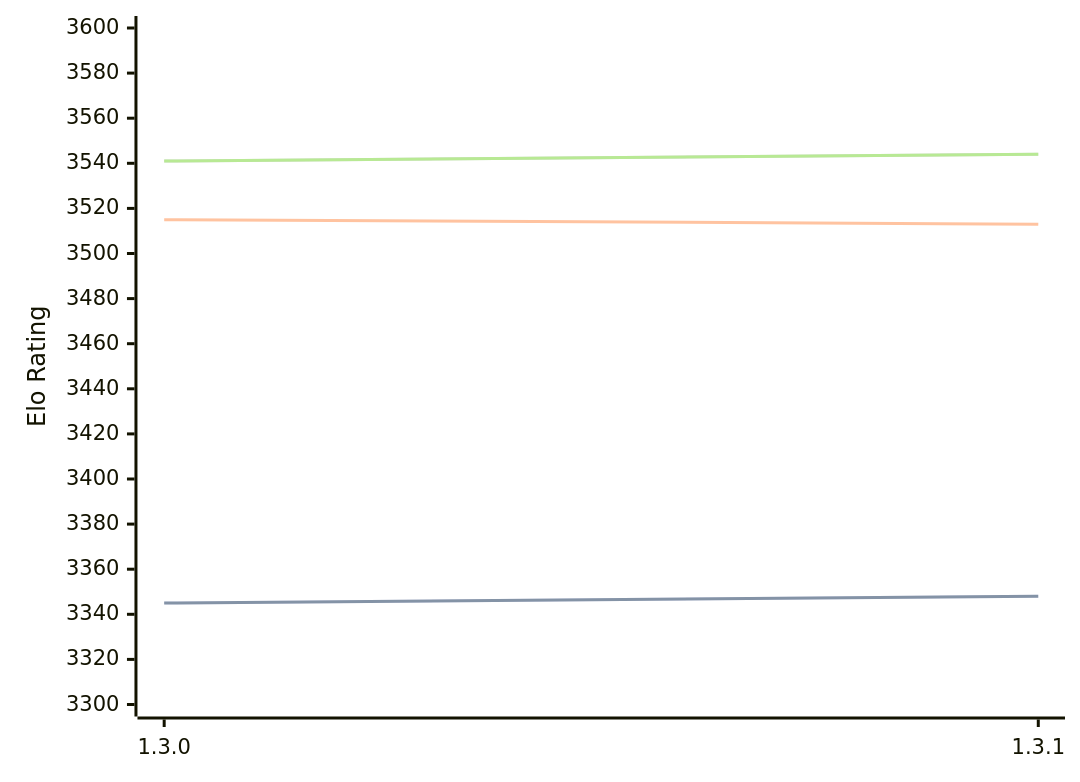
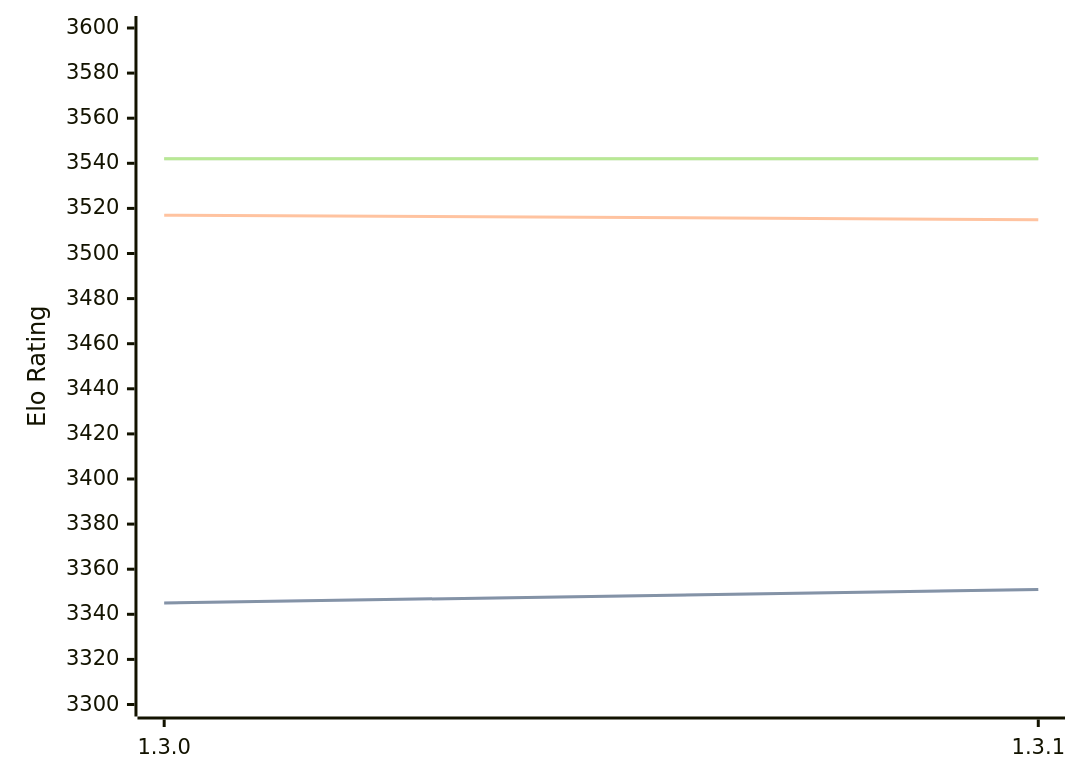
The diagram in engines/Renegade.md (computer-chess-index/cci), drawn with Mermaid before and after one commit. The commit also changed other lines of this file, not shown here.

Commit message:
Update CCI Ratings (ELO VLTC) - 2026-09-08

````diff
--- a/engines/Renegade.md
+++ b/engines/Renegade.md
@@ -33,11 +33,11 @@
 ```mermaid
 %%{init: {"theme":"base","themeVariables":{"seriesColors:['#a3a3a3','#222221','#faa371']}}}%%
 xychart-beta
   x-axis ["1.3.0", "1.3.1"]
   y-axis "Elo Rating" 3300 --> 3600
-  line "" [3345, 3348]
-  line "STC (8.0+0.08s)" [3345, 3348]
-  line "LTC (60.0+0.60s)" [3515, 3513]
-  line "" [3541, 3544]
-  line "VLTC (2m24s+1.12s)" [3541, 3544]
+  line "" [3345, 3351]
+  line "STC (8.0+0.08s)" [3345, 3351]
+  line "LTC (60.0+0.60s)" [3517, 3515]
+  line "" [3542, 3542]
+  line "VLTC (2m24s+1.12s)" [3542, 3542]
 ```
````
